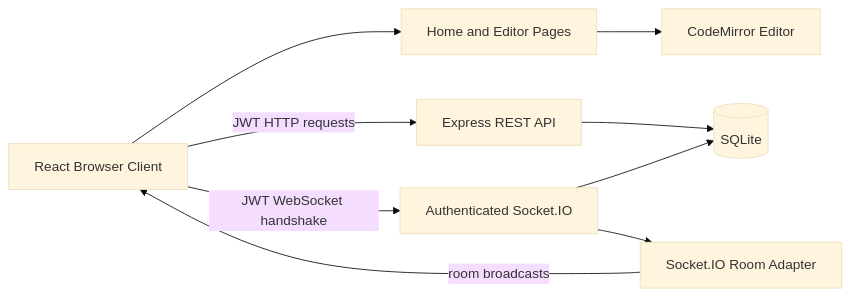
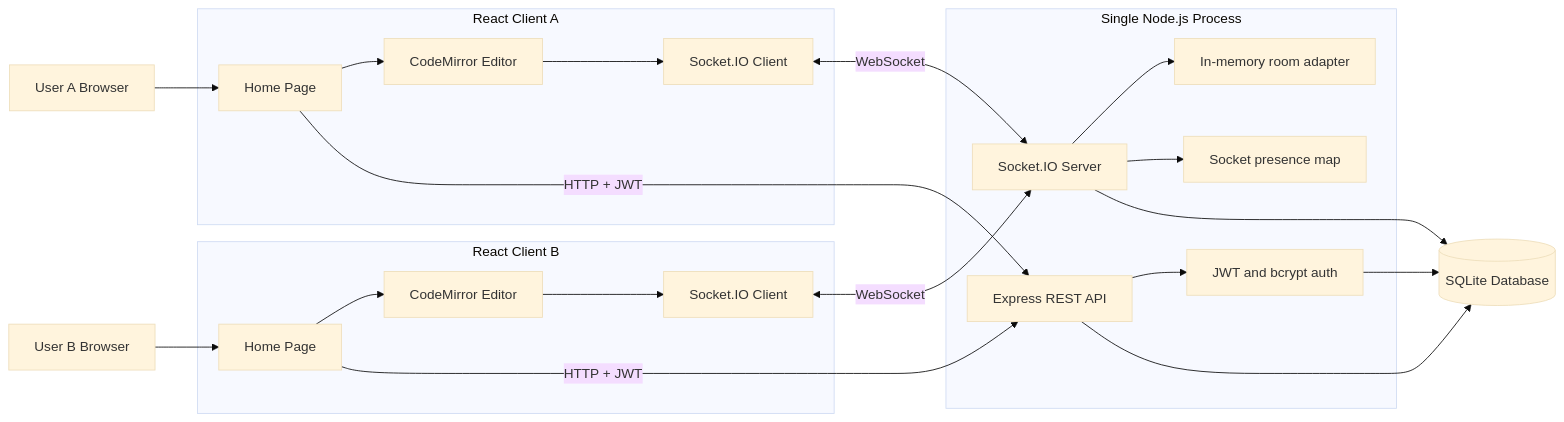
Before and after one commit to SonamNarula/CodeFusion-a-collaborative-real-time-code-editor: the first of 6 diagrams in README.md, drawn with Mermaid (base theme). The commit also changed other lines of this file and 3 other files, not shown here.

````diff
--- a/README.md
+++ b/README.md
@@ -50,19 +243,44 @@
 ```mermaid
 flowchart LR
-    Browser[React Browser Client]
-    UI[Home and Editor Pages]
-    CM[CodeMirror Editor]
-    API[Express REST API]
-    WS[Authenticated Socket.IO]
-    DB[(SQLite)]
-    ROOMS[Socket.IO Room Adapter]
+    UserA[User A Browser]
+    UserB[User B Browser]
 
-    Browser --> UI
-    UI --> CM
-    Browser -->|JWT HTTP requests| API
-    Browser -->|JWT WebSocket handshake| WS
-    API --> DB
-    WS --> DB
-    WS --> ROOMS
-    ROOMS -->|room broadcasts| Browser
+    subgraph ClientA[React Client A]
+        HomeA[Home Page]
+        EditorA[CodeMirror Editor]
+        SocketA[Socket.IO Client]
+    end
+
+    subgraph ClientB[React Client B]
+        HomeB[Home Page]
+        EditorB[CodeMirror Editor]
+        SocketB[Socket.IO Client]
+    end
+
+    subgraph Server[Single Node.js Process]
+        Express[Express REST API]
+        Auth[JWT and bcrypt auth]
+        IO[Socket.IO Server]
+        RoomAdapter[In-memory room adapter]
+        MemoryUsers[Socket presence map]
+    end
+
+    DB[(SQLite Database)]
+
+    UserA --> HomeA
+    UserB --> HomeB
+    HomeA --> EditorA
+    HomeB --> EditorB
+    EditorA --> SocketA
+    EditorB --> SocketB
+    SocketA <-->|WebSocket| IO
+    SocketB <-->|WebSocket| IO
+    HomeA -->|HTTP + JWT| Express
+    HomeB -->|HTTP + JWT| Express
+    Express --> Auth
+    Auth --> DB
+    Express --> DB
+    IO --> RoomAdapter
+    IO --> MemoryUsers
+    IO --> DB
 ```
````
